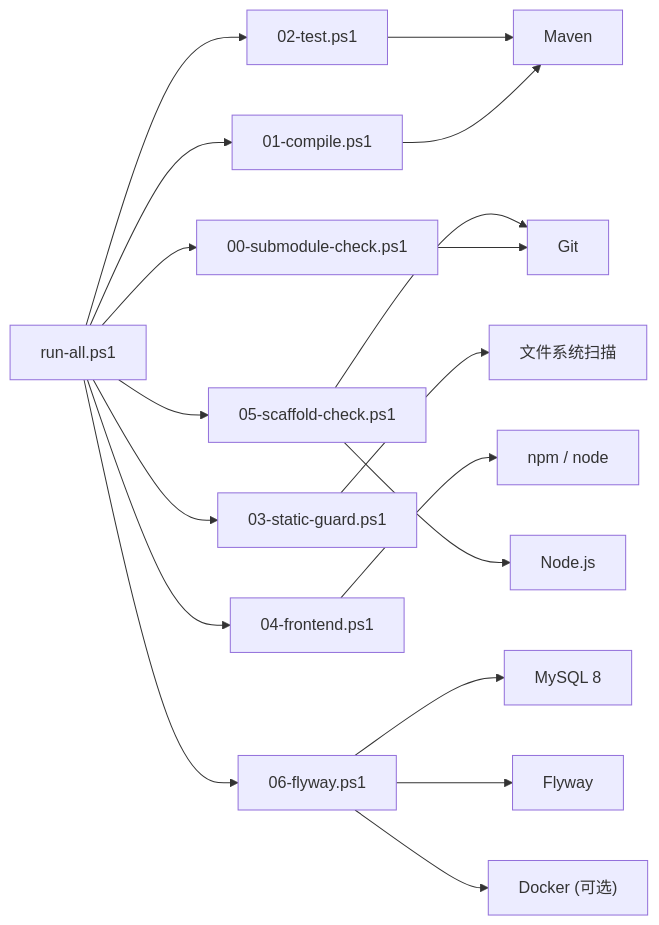
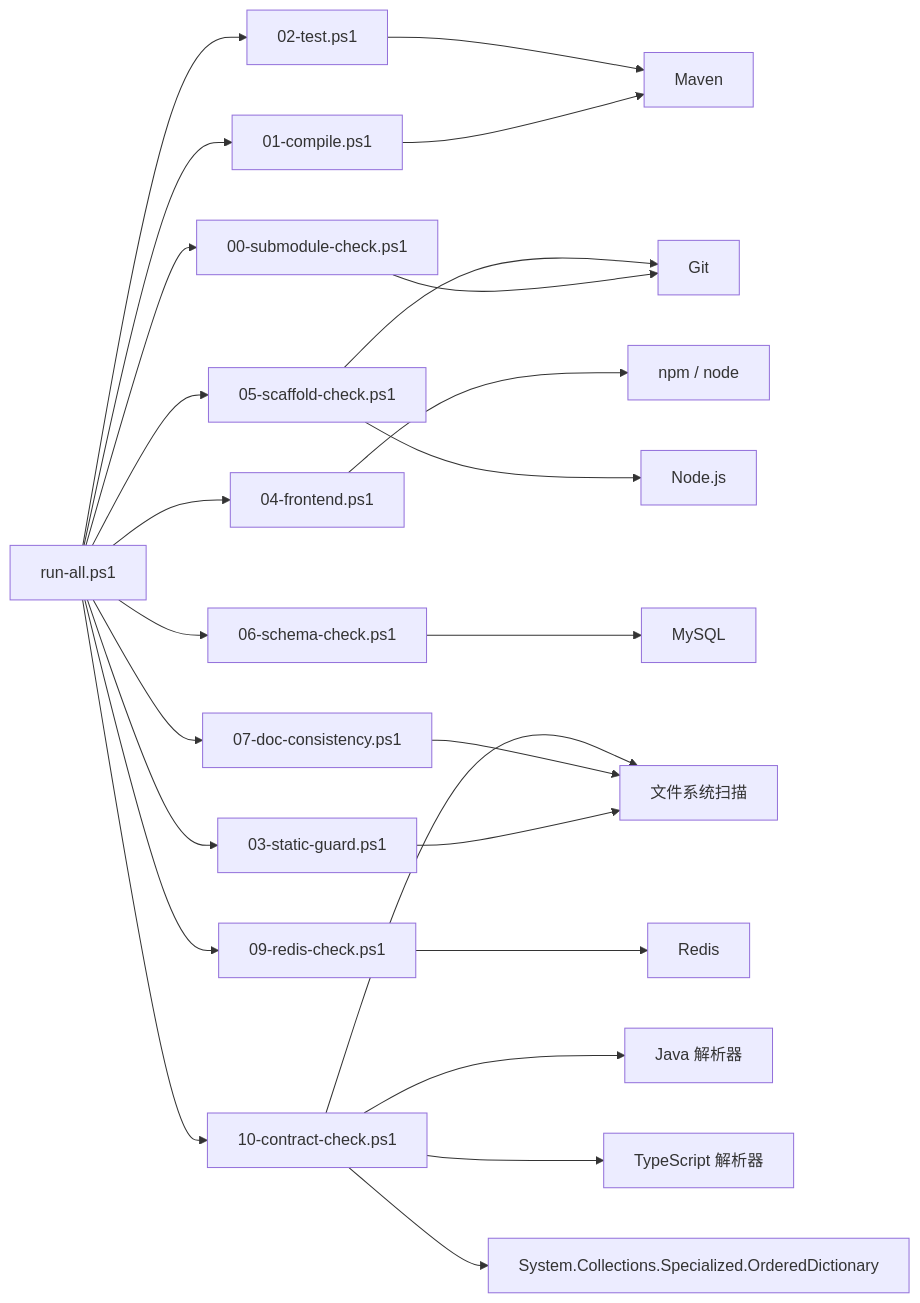
The eighth of 8 diagrams in .qoder/repowiki/zh/content/自动化验证/自定义闸门开发.md (luyitiger6/my-first-project), drawn with Mermaid before and after one commit. The commit also changed other lines of this file and 54 other files, not shown here.

````diff
--- a/.qoder/repowiki/zh/content/自动化验证/自定义闸门开发.md
+++ b/.qoder/repowiki/zh/content/自动化验证/自定义闸门开发.md
@@ -398,20 +440,27 @@
 ```mermaid
 graph LR
 Runner["run-all.ps1"] --> C00["00-submodule-check.ps1"]
 Runner --> C01["01-compile.ps1"]
 Runner --> C02["02-test.ps1"]
 Runner --> C03["03-static-guard.ps1"]
 Runner --> C04["04-frontend.ps1"]
 Runner --> C05["05-scaffold-check.ps1"]
-Runner --> C06["06-flyway.ps1"]
+Runner --> C06["06-schema-check.ps1"]
+Runner --> C07["07-doc-consistency.ps1"]
+Runner --> C09["09-redis-check.ps1"]
+Runner --> C10["10-contract-check.ps1"]
 C00 --> Git["Git"]
 C01 --> Maven["Maven"]
 C02 --> Maven
 C03 --> FS["文件系统扫描"]
 C04 --> NPM["npm / node"]
 C05 --> Node["Node.js"]
 C05 --> Git
-C06 --> MySQL["MySQL 8"]
-C06 --> Flyway["Flyway"]
-C06 --> Docker["Docker (可选)"]
+C06 --> MySQL["MySQL"]
+C07 --> FS
+C09 --> Redis["Redis"]
+C10 --> JavaParser["Java 解析器"]
+C10 --> TSParser["TypeScript 解析器"]
+C10 --> OrderedDict["System.Collections.Specialized.OrderedDictionary"]
+C10 --> FS
 ```
````
